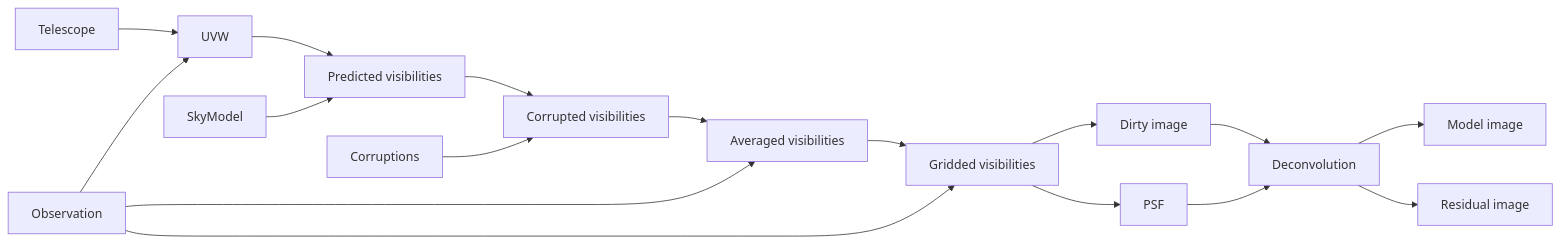
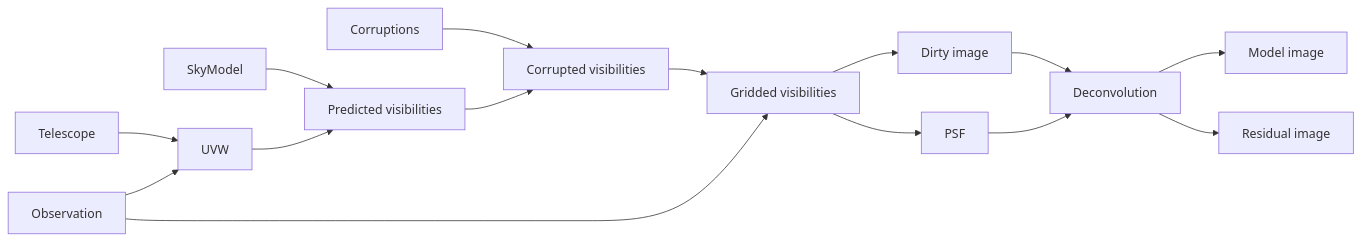
The diagram in docs/design/domain/event-storming/interactive-experiment.md (gemmadanks/radio-astronomy-playground), drawn with Mermaid before and after one commit. The commit also changed other lines of this file and 2 other files, not shown here.

````diff
--- a/docs/design/domain/event-storming/interactive-experiment.md
+++ b/docs/design/domain/event-storming/interactive-experiment.md
@@ -206,19 +221,17 @@
 ```mermaid
 flowchart LR
   A[Telescope] --> U[UVW]
   O[Observation] --> U
   S[SkyModel] --> Vp[Predicted visibilities]
   U --> Vp
   I[Corruptions] --> Vc[Corrupted visibilities]
   Vp --> Vc
-  O --> Va[Averaged visibilities]
-  Vc --> Va
-  Va --> G[Gridded visibilities]
+  Vc --> G[Gridded visibilities]
   O --> G
   G --> D[Dirty image]
   G --> P[PSF]
   D --> C[Deconvolution]
   P --> C
   C --> M[Model image]
   C --> R[Residual image]
   ```
````
